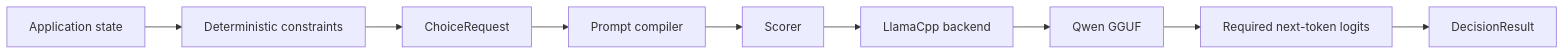
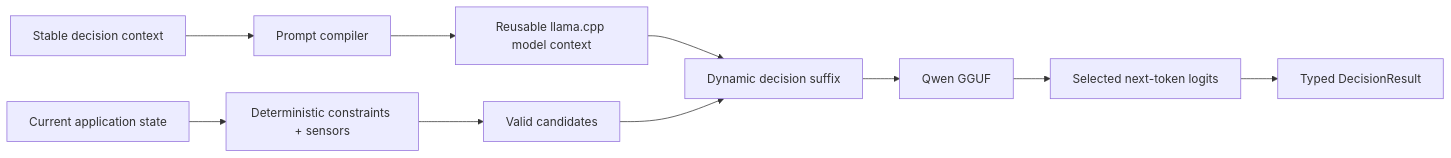
One commit to daniele21/decisio changed the diagram in README.md. Above: the diagram before and after it, drawn with Mermaid. The commit also changed other lines of this file and 2 other files, not shown here.

````diff
--- a/README.md
+++ b/README.md
@@ -557,11 +278,12 @@
 ```mermaid
 flowchart LR
-    A[Application state] --> B[Deterministic constraints]
-    B --> C[ChoiceRequest]
-    C --> D[Prompt compiler]
-    D --> E[Scorer]
-    E --> F[LlamaCpp backend]
-    F --> G[Qwen GGUF]
-    G --> H[Required next-token logits]
-    H --> I[DecisionResult]
+    S[Stable decision context] --> C[Prompt compiler]
+    C --> R[Reusable llama.cpp model context]
+    D[Current application state] --> K[Deterministic constraints + sensors]
+    K --> V[Valid candidates]
+    R --> Q[Dynamic decision suffix]
+    V --> Q
+    Q --> M[Qwen GGUF]
+    M --> L[Selected next-token logits]
+    L --> T[Typed DecisionResult]
 ```
````
